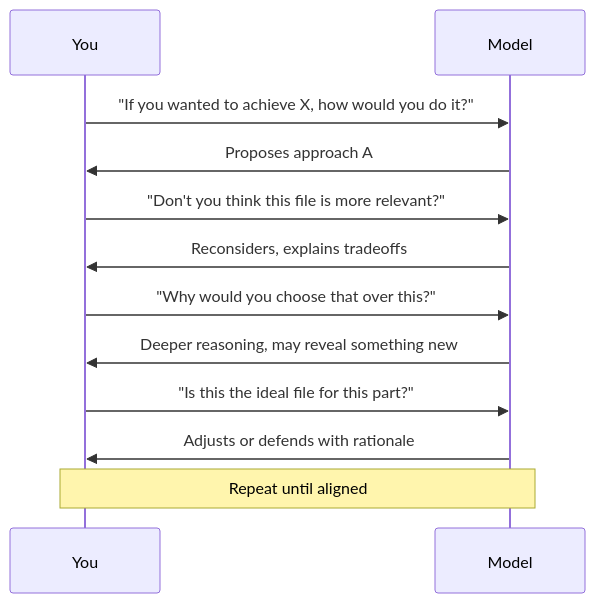
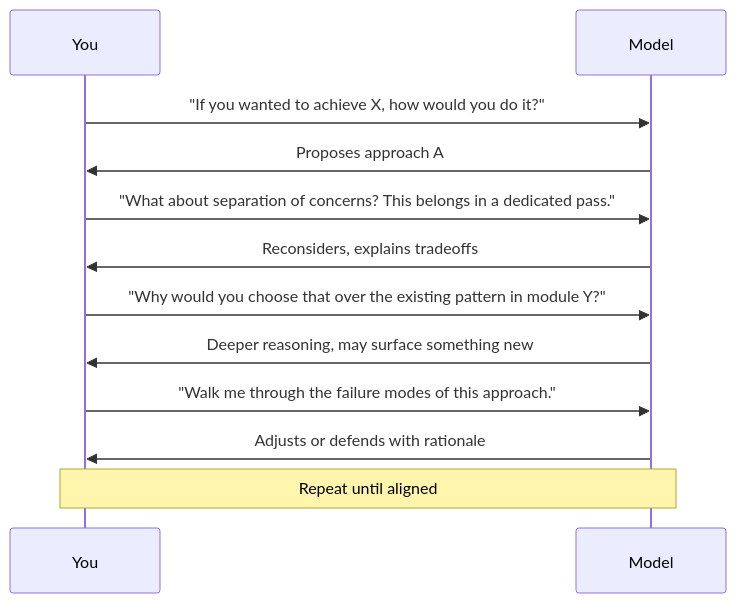
The second of 7 diagrams in docs/blog/posts/socratic_prompt_method.md (ahzan-dev/jaseci-blogs), drawn with Mermaid before and after one commit. The commit also changed other lines of this file, not shown here.

````diff
--- a/docs/blog/posts/socratic_prompt_method.md
+++ b/docs/blog/posts/socratic_prompt_method.md
@@ -49,15 +47,15 @@
 ```mermaid
 sequenceDiagram
     participant You
     participant Model
 
     You->>Model: "If you wanted to achieve X, how would you do it?"
     Model->>You: Proposes approach A
-    You->>Model: "Don't you think this file is more relevant?"
+    You->>Model: "What about separation of concerns? This belongs in a dedicated pass."
     Model->>You: Reconsiders, explains tradeoffs
-    You->>Model: "Why would you choose that over this?"
-    Model->>You: Deeper reasoning, may reveal something new
-    You->>Model: "Is this the ideal file for this part?"
+    You->>Model: "Why would you choose that over the existing pattern in module Y?"
+    Model->>You: Deeper reasoning, may surface something new
+    You->>Model: "Walk me through the failure modes of this approach."
     Model->>You: Adjusts or defends with rationale
     Note over You,Model: Repeat until aligned
 ```
````
